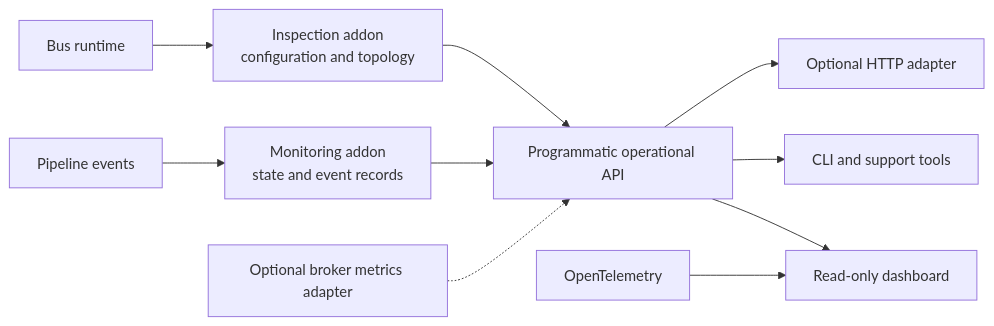
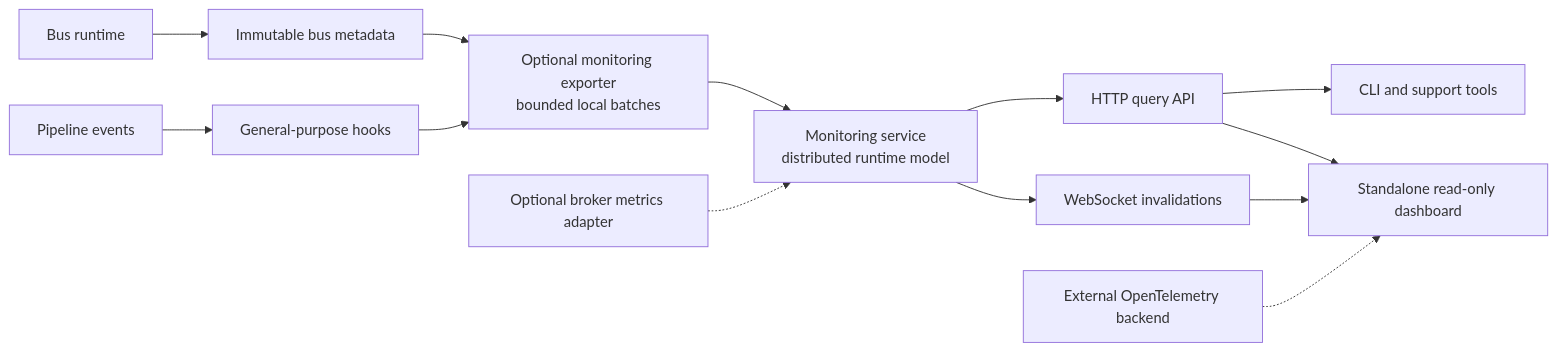
Before and after one commit to marinasundstrom/MyServiceBus: the fourth of 4 diagrams in docs/myservicebus-architecture.md, drawn with Mermaid. The commit also changed other lines of this file and 88 other files, not shown here.

Commit message:
Add runtime monitoring MVP

````diff
--- a/docs/myservicebus-architecture.md
+++ b/docs/myservicebus-architecture.md
@@ -208,12 +208,15 @@
 ```mermaid
 flowchart LR
-    Runtime["Bus runtime"] --> Inspection["Inspection addon\nconfiguration and topology"]
-    Pipelines["Pipeline events"] --> Monitoring["Monitoring addon\nstate and event records"]
-    Inspection --> API["Programmatic operational API"]
-    Monitoring --> API
-    BrokerAdapter["Optional broker metrics adapter"] -.-> API
-    API --> HTTP["Optional HTTP adapter"]
-    API --> CLI["CLI and support tools"]
-    API --> Dashboard["Read-only dashboard"]
-    Telemetry["OpenTelemetry"] --> Dashboard
+    Runtime["Bus runtime"] --> Inspection["Immutable bus metadata"]
+    Pipelines["Pipeline events"] --> Hooks["General-purpose hooks"]
+    Inspection --> Exporter["Optional monitoring exporter\nbounded local batches"]
+    Hooks --> Exporter
+    Exporter --> Service["Monitoring service\ndistributed runtime model"]
+    BrokerAdapter["Optional broker metrics adapter"] -.-> Service
+    Service --> Query["HTTP query API"]
+    Service --> Live["WebSocket invalidations"]
+    Query --> CLI["CLI and support tools"]
+    Query --> Dashboard["Standalone read-only dashboard"]
+    Live --> Dashboard
+    Telemetry["External OpenTelemetry backend"] -.-> Dashboard
 ```
````
